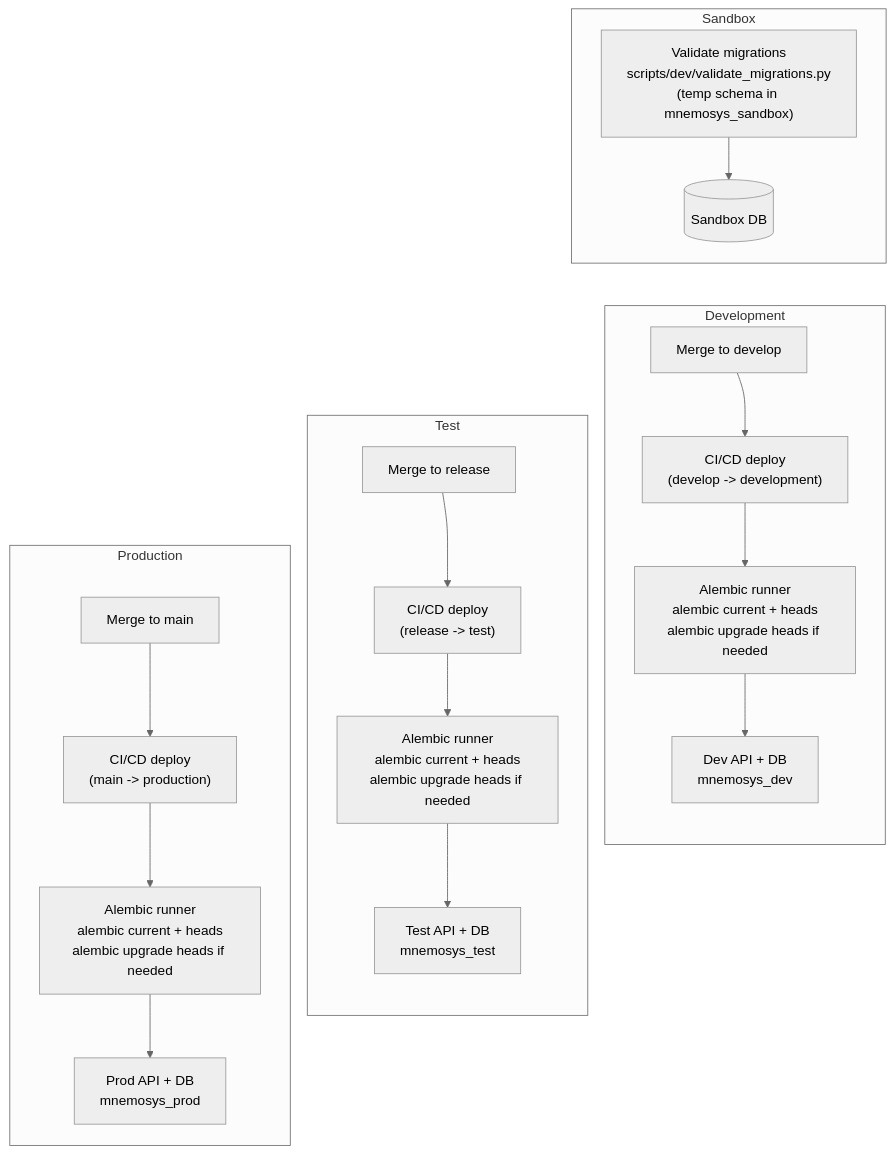
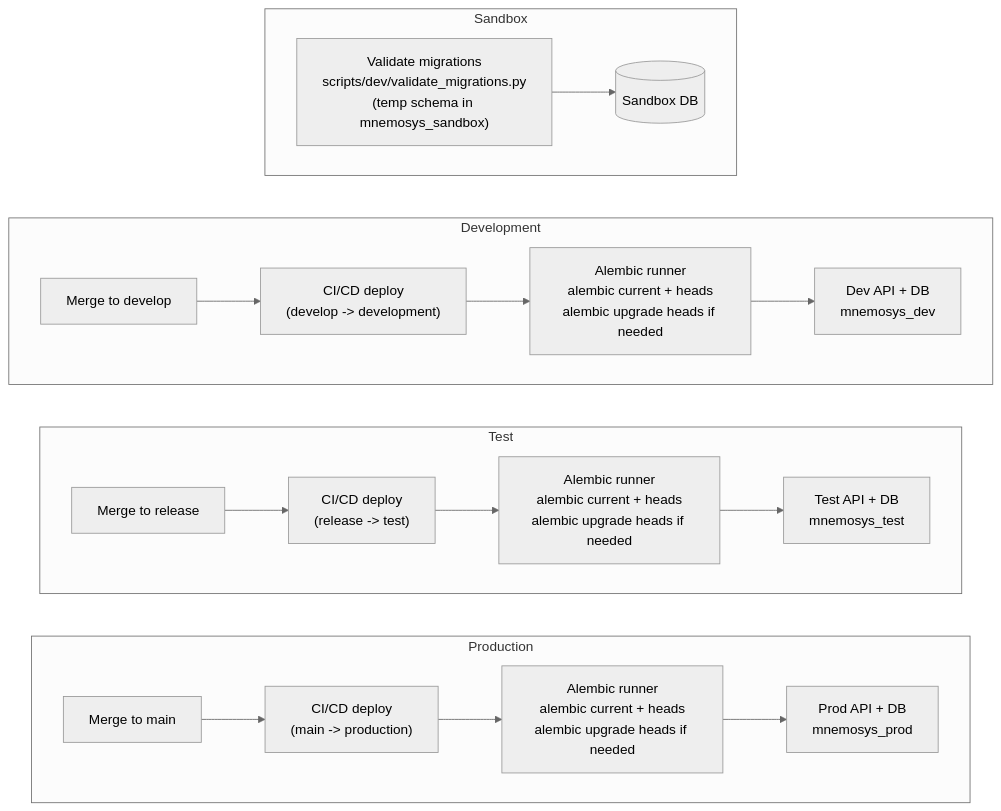
One commit to wphillipmoore/mnemosys-core changed the diagram in docs/diagrams/alembic-migration-workflow.md. Above: the diagram before and after it, drawn with Mermaid (neutral theme).

Commit message:
Set per-environment flow to left-to-right

````diff
--- a/docs/diagrams/alembic-migration-workflow.md
+++ b/docs/diagrams/alembic-migration-workflow.md
@@ -10,42 +10,46 @@
 ```mermaid
 flowchart TB
   subgraph Sandbox
+    direction LR
     SBV["Validate migrations<br/>scripts/dev/validate_migrations.py<br/>(temp schema in mnemosys_sandbox)"]
     SB[(Sandbox DB)]
     SBV --> SB
   end
 
   subgraph Development
+    direction LR
     DEV["Merge to develop"]
     DEV_PIPE["CI/CD deploy<br/>(develop -> development)"]
     DEV_GATE["Alembic runner<br/>alembic current + heads<br/>alembic upgrade heads if needed"]
     DEV_APP["Dev API + DB<br/>mnemosys_dev"]
   end
 
   subgraph Test
+    direction LR
     REL["Merge to release"]
     TEST_PIPE["CI/CD deploy<br/>(release -> test)"]
     TEST_GATE["Alembic runner<br/>alembic current + heads<br/>alembic upgrade heads if needed"]
     TEST_APP["Test API + DB<br/>mnemosys_test"]
   end
 
   subgraph Production
+    direction LR
     MAIN["Merge to main"]
     PROD_PIPE["CI/CD deploy<br/>(main -> production)"]
     PROD_GATE["Alembic runner<br/>alembic current + heads<br/>alembic upgrade heads if needed"]
     PROD_APP["Prod API + DB<br/>mnemosys_prod"]
   end
 
   DEV --> DEV_PIPE --> DEV_GATE --> DEV_APP
   REL --> TEST_PIPE --> TEST_GATE --> TEST_APP
   MAIN --> PROD_PIPE --> PROD_GATE --> PROD_APP
 
   %% Layout guides to stack environments top-to-bottom.
   SB --> DEV
   DEV --> REL
   REL --> MAIN
 
   linkStyle 10 stroke:transparent,stroke-width:0px;
   linkStyle 11 stroke:transparent,stroke-width:0px;
   linkStyle 12 stroke:transparent,stroke-width:0px;
 ```
````
